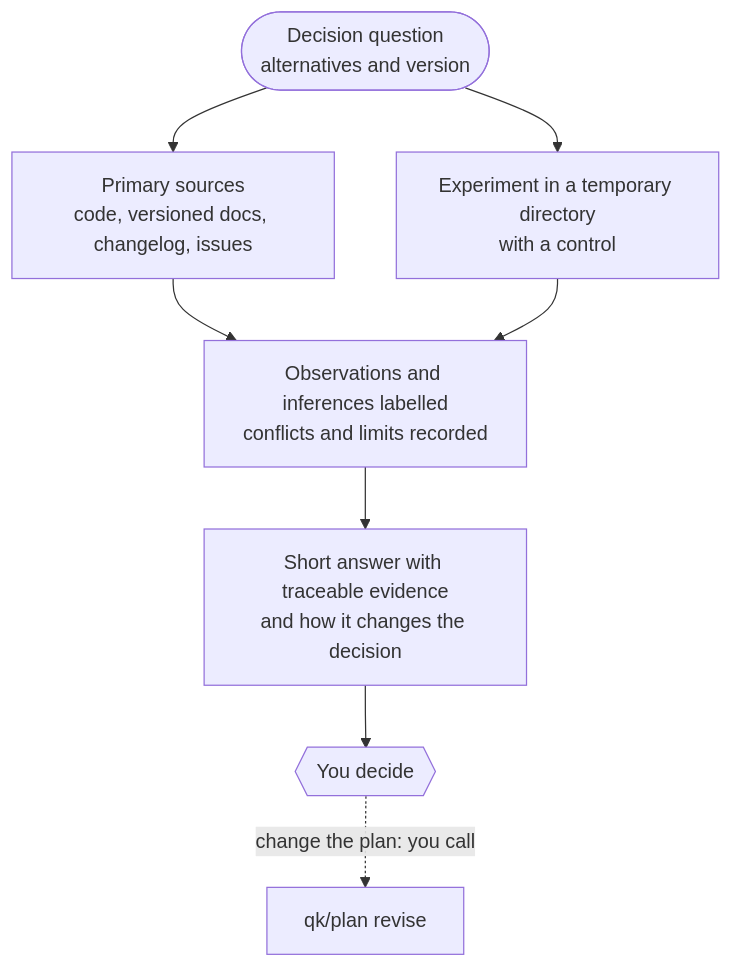
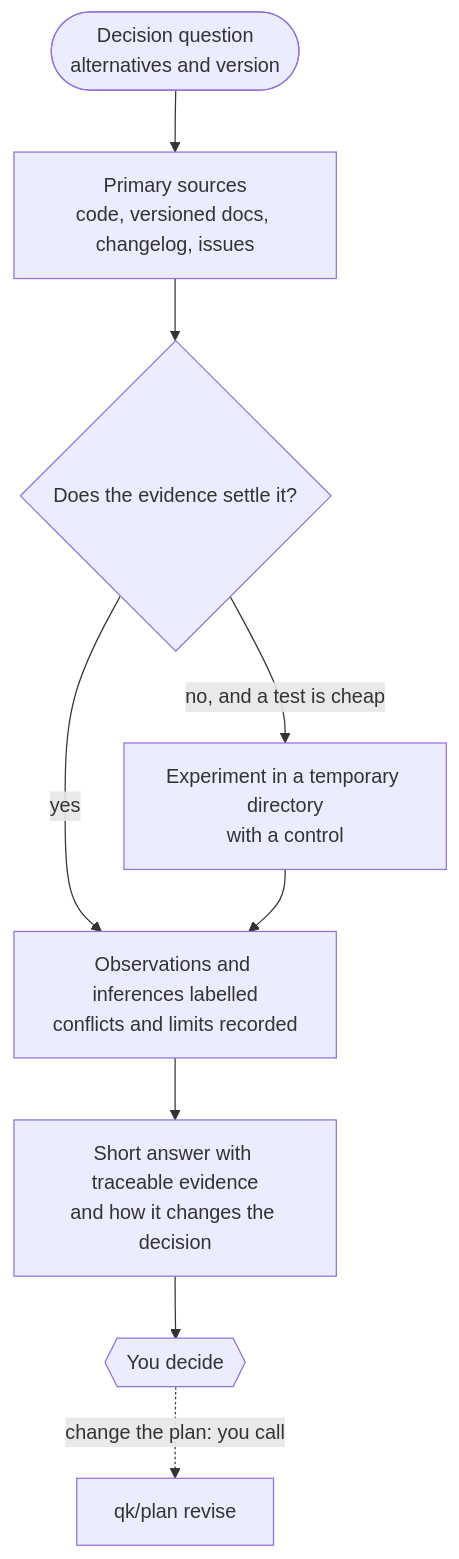
The diagram in docs/en/skills/qk-research.md (dakiquang/qk), drawn with Mermaid before and after one commit. The commit also changed 11 other files, not shown here.

First line of the commit message:
docs: match the diagrams to the runner and skill sources

````diff
--- a/docs/en/skills/qk-research.md
+++ b/docs/en/skills/qk-research.md
@@ -11,10 +11,11 @@
 ```mermaid
 flowchart TB
     q(["Decision question<br/>alternatives and version"]) --> src["Primary sources<br/>code, versioned docs, changelog, issues"]
-    q --> exp["Experiment in a temporary directory<br/>with a control"]
-    src --> label["Observations and inferences labelled<br/>conflicts and limits recorded"]
-    exp --> label
+    src --> settled{"Does the evidence settle it?"}
+    settled -- "no, and a test is cheap" --> exp["Experiment in a temporary directory<br/>with a control"]
+    settled -- "yes" --> label
+    exp --> label["Observations and inferences labelled<br/>conflicts and limits recorded"]
     label --> ans["Short answer with traceable evidence<br/>and how it changes the decision"]
     ans --> you{{"You decide"}}
     you -. "change the plan: you call" .-> plan["qk/plan revise"]
 ```
````
